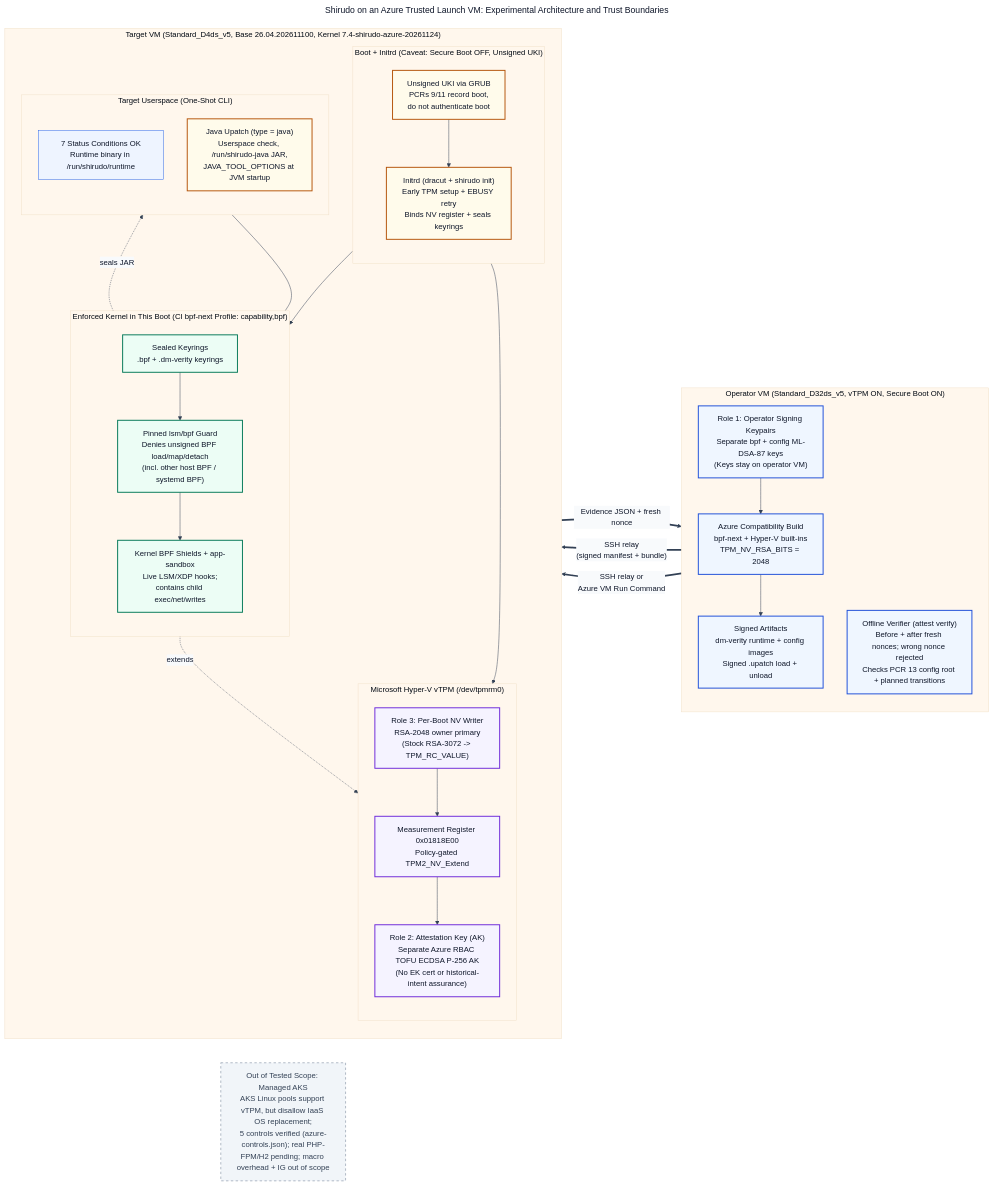
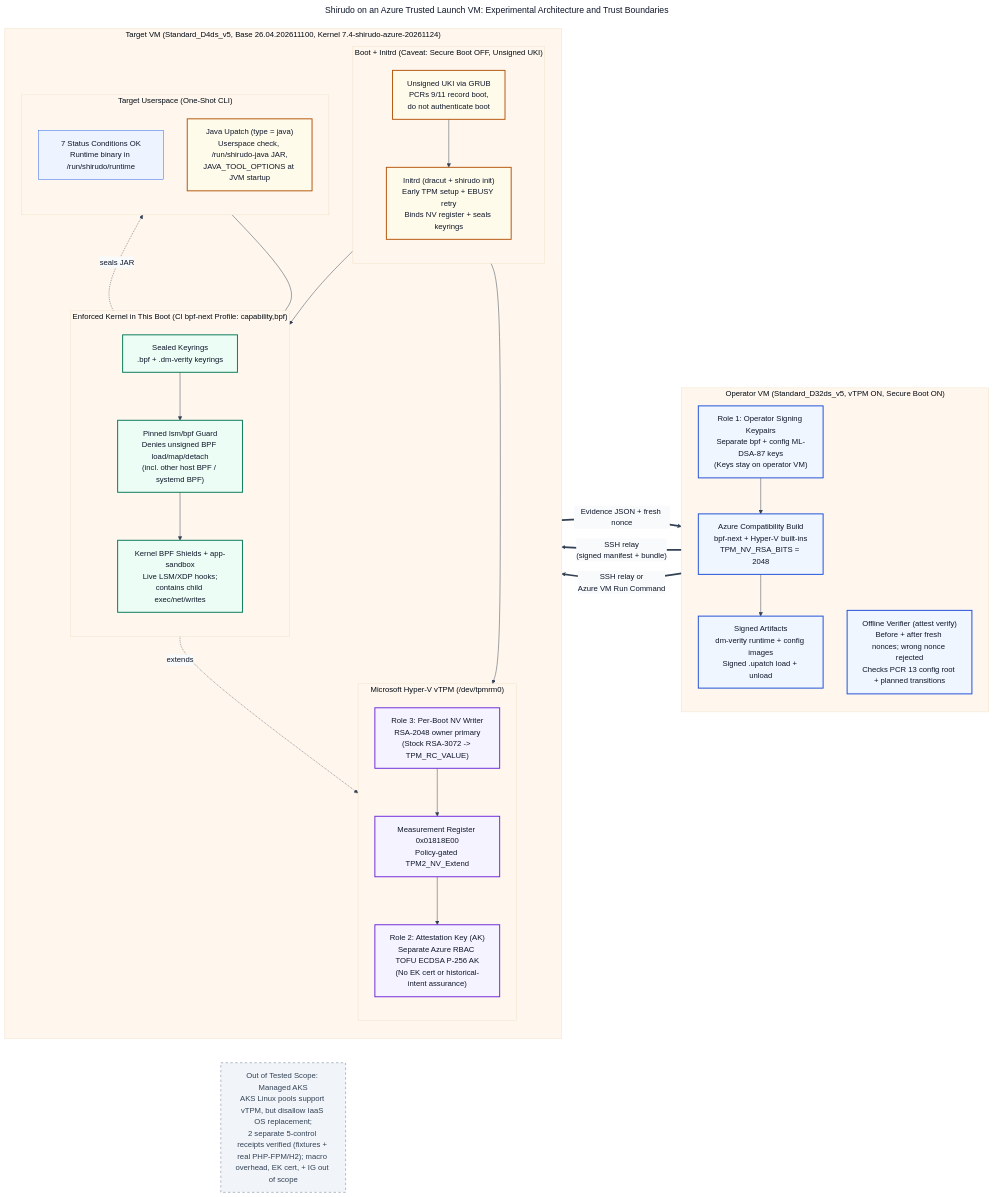
The diagram in docs/figures/shirudo-azure-trust-boundary.mmd (johnsonshi/shirudo-on-azure), drawn with Mermaid before and after one commit. The commit also changed 4 other files, not shown here.

Commit message:
Finalize Shirudo Azure field notes with real runtimes and AF_ALG restoration

```diff
--- a/docs/figures/shirudo-azure-trust-boundary.mmd
+++ b/docs/figures/shirudo-azure-trust-boundary.mmd
@@ -1,81 +1,81 @@
 ---
 title: "Shirudo on an Azure Trusted Launch VM: Experimental Architecture and Trust Boundaries"
 config:
   theme: base
   layout: dagre
   themeVariables:
     primaryColor: "#eef4ff"
     primaryTextColor: "#0f172a"
     primaryBorderColor: "#2563eb"
     lineColor: "#334155"
     secondaryColor: "#f8fafc"
     tertiaryColor: "#fff7ed"
 ---
 %% Editable Mermaid source for docs/figures/shirudo-azure-trust-boundary.svg
 %% Experimental Azure IaaS port (not official Azure support; managed AKS not tested).
 flowchart LR
     subgraph OP["Operator VM (Standard_D32ds_v5, vTPM ON, Secure Boot ON)"]
         direction TB
         OP_KEYS["Role 1: Operator Signing Keypairs<br/>Separate bpf + config ML-DSA-87 keys<br/>(Keys stay on operator VM)"]
         OP_BUILD["Azure Compatibility Build<br/>bpf-next + Hyper-V built-ins<br/>TPM_NV_RSA_BITS = 2048"]
         OP_ART["Signed Artifacts<br/>dm-verity runtime + config images<br/>Signed .upatch load + unload"]
         OP_VER["Offline Verifier (attest verify)<br/>Before + after fresh nonces; wrong nonce rejected<br/>Checks PCR 13 config root + planned transitions"]
         OP_KEYS --> OP_BUILD --> OP_ART
     end
 
     subgraph TGT["Target VM (Standard_D4ds_v5, Base 26.04.202611100, Kernel 7.4-shirudo-azure-20261124)"]
         direction TB
 
         subgraph BOOT["Boot + Initrd (Caveat: Secure Boot OFF, Unsigned UKI)"]
             direction TB
             UKI["Unsigned UKI via GRUB<br/>PCRs 9/11 record boot,<br/>do not authenticate boot"]
             INIT["Initrd (dracut + shirudo init)<br/>Early TPM setup + EBUSY retry<br/>Binds NV register + seals keyrings"]
             UKI --> INIT
         end
 
         subgraph KRN["Enforced Kernel in This Boot (CI bpf-next Profile: capability,bpf)"]
             direction TB
             KR["Sealed Keyrings<br/>.bpf + .dm-verity keyrings"]
             LSM["Pinned lsm/bpf Guard<br/>Denies unsigned BPF load/map/detach<br/>(incl. other host BPF / systemd BPF)"]
             BPF_SH["Kernel BPF Shields + app-sandbox<br/>Live LSM/XDP hooks;<br/>contains child exec/net/writes"]
             KR --> LSM --> BPF_SH
         end
 
         subgraph USR["Target Userspace (One-Shot CLI)"]
             direction TB
             STATUS["7 Status Conditions OK<br/>Runtime binary in /run/shirudo/runtime"]
             JAVA_SH["Java Upatch (type = java)<br/>Userspace check, /run/shirudo-java JAR,<br/>JAVA_TOOL_OPTIONS at JVM startup"]
         end
 
         subgraph VTPM["Microsoft Hyper-V vTPM (/dev/tpmrm0)"]
             direction TB
             NVW["Role 3: Per-Boot NV Writer<br/>RSA-2048 owner primary<br/>(Stock RSA-3072 -> TPM_RC_VALUE)"]
             REG["Measurement Register 0x01818E00<br/>Policy-gated TPM2_NV_Extend"]
             AK["Role 2: Attestation Key (AK)<br/>Separate Azure RBAC TOFU ECDSA P-256 AK<br/>(No EK cert or historical-intent assurance)"]
             NVW --> REG --> AK
         end
 
         INIT --> KR
         INIT --> NVW
         LSM -. "extends" .-> NVW
         LSM -. "seals JAR" .-> JAVA_SH
         STATUS --- LSM
     end
 
-    OUT_SCOPE["Out of Tested Scope: Managed AKS<br/>AKS Linux pools support vTPM, but disallow IaaS OS replacement;<br/>5 controls verified (azure-controls.json); real PHP-FPM/H2 pending; macro overhead + IG out of scope"]
+    OUT_SCOPE["Out of Tested Scope: Managed AKS<br/>AKS Linux pools support vTPM, but disallow IaaS OS replacement;<br/>2 separate 5-control receipts verified (fixtures + real PHP-FPM/H2); macro overhead, EK cert, + IG out of scope"]
 
     OP_ART ==>|"SSH relay<br/>(signed manifest + bundle)"| INIT
     OP_ART ==>|"SSH relay or<br/>Azure VM Run Command"| LSM
     AK ==>|"Evidence JSON + fresh nonce"| OP_VER
 
     classDef operatorBox fill:#eff6ff,stroke:#1d4ed8,stroke-width:2px,color:#0f172a
     classDef kernelBox fill:#ecfdf5,stroke:#047857,stroke-width:2px,color:#0f172a
     classDef caveatBox fill:#fffbeb,stroke:#b45309,stroke-width:2px,color:#0f172a
     classDef vtpmBox fill:#f5f3ff,stroke:#6d28d9,stroke-width:2px,color:#0f172a
     classDef scopeBox fill:#f1f5f9,stroke:#64748b,stroke-dasharray: 5 5,color:#334155
 
     class OP_KEYS,OP_BUILD,OP_ART,OP_VER operatorBox
     class KR,LSM,BPF_SH kernelBox
     class UKI,INIT,JAVA_SH caveatBox
     class NVW,REG,AK vtpmBox
     class OUT_SCOPE scopeBox
```
